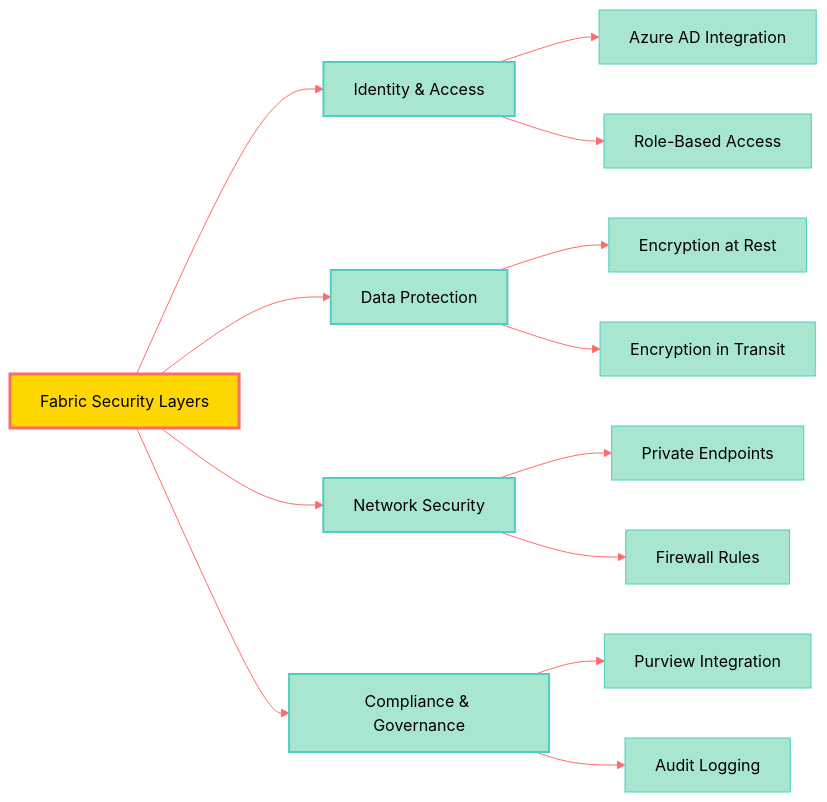
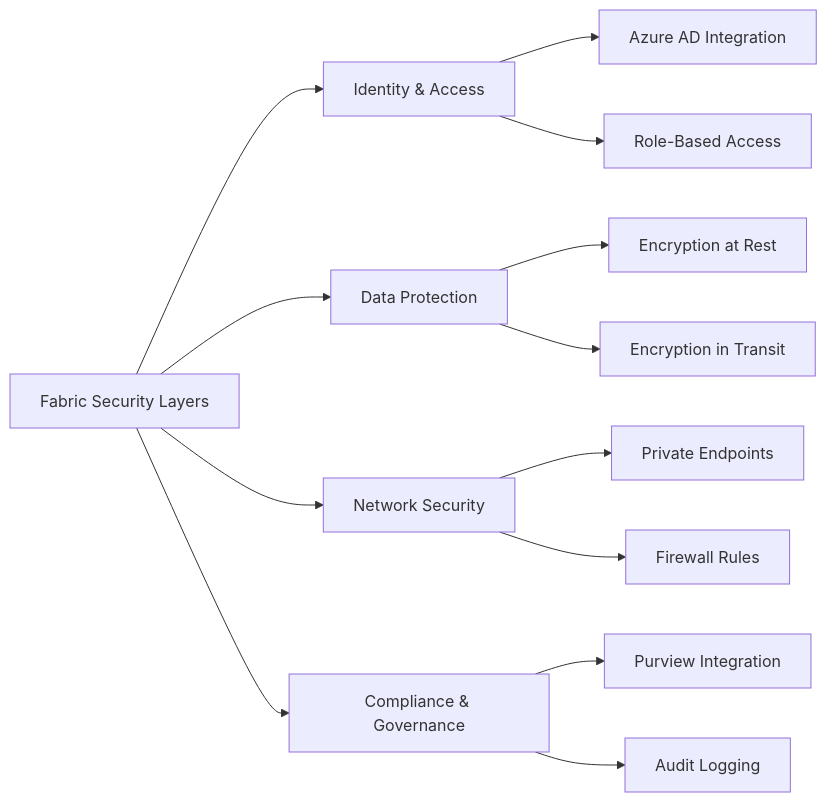
One commit to MoBRUEC/MoBRUEC changed the seventh of 10 diagrams in microsoft-fabric/readme.md. Above: the diagram before and after it, drawn with Mermaid. The commit also changed other lines of this file, not shown here.

````diff
--- a/microsoft-fabric/readme.md
+++ b/microsoft-fabric/readme.md
@@ -342,21 +313,15 @@
 ```mermaid
-%%{init: {'theme':'base', 'themeVariables': { 'primaryColor':'#A8E6CF','primaryTextColor':'#000','primaryBorderColor':'#4ECDC4','lineColor':'#FF6B6B'}}}%%
 graph LR
     A[Fabric Security Layers] --> B[Identity & Access]
     A --> C[Data Protection]
     A --> D[Network Security]
     A --> E[Compliance & Governance]
     B --> B1[Azure AD Integration]
     B --> B2[Role-Based Access]
     C --> C1[Encryption at Rest]
     C --> C2[Encryption in Transit]
     D --> D1[Private Endpoints]
     D --> D2[Firewall Rules]
     E --> E1[Purview Integration]
     E --> E2[Audit Logging]
-    style A fill:#FFD700,stroke:#FF6B6B,stroke-width:3px,color:#000
-    style B fill:#A8E6CF,stroke:#4ECDC4,stroke-width:2px,color:#000
-    style C fill:#A8E6CF,stroke:#4ECDC4,stroke-width:2px,color:#000
-    style D fill:#A8E6CF,stroke:#4ECDC4,stroke-width:2px,color:#000
-    style E fill:#A8E6CF,stroke:#4ECDC4,stroke-width:2px,color:#000
 ```
````
